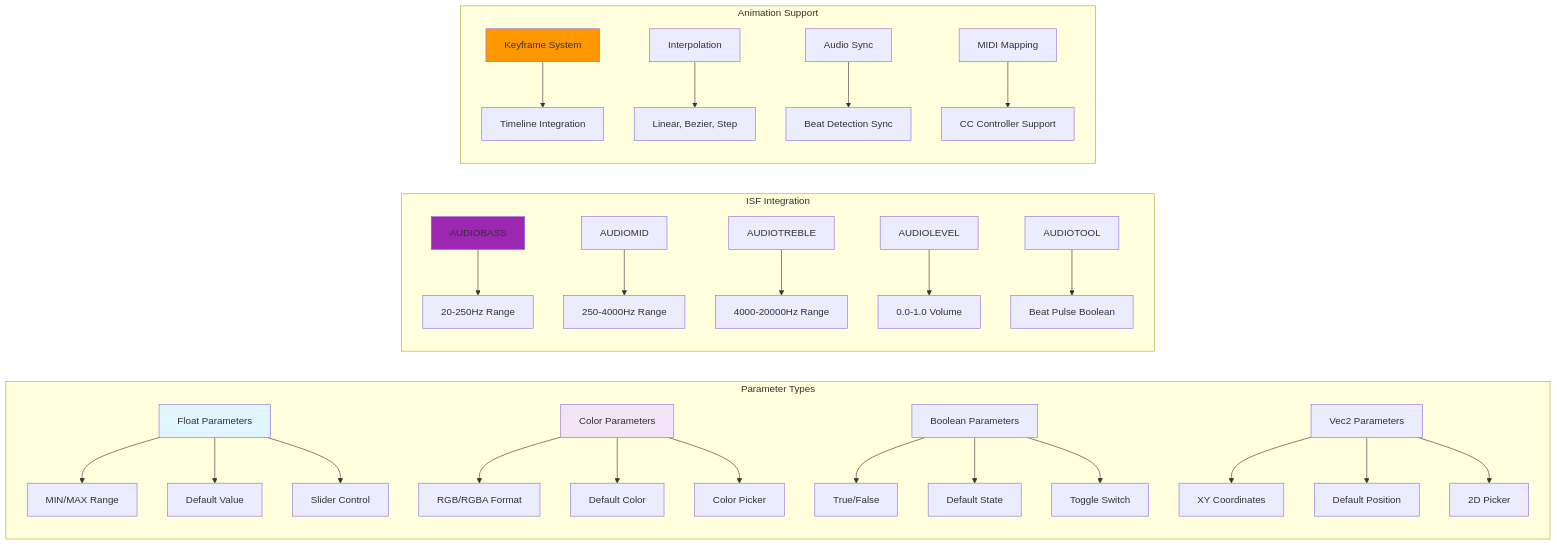
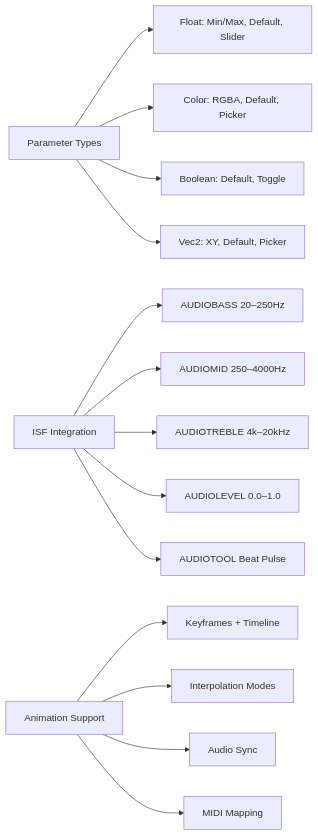
One commit to compiling-org/WGSL-Shader-Studio changed the eighth of 14 diagrams in docs/NODE_BASED_SYSTEM_ARCHITECTURE.md. Above: the diagram before and after it, drawn with Mermaid. The commit also changed other lines of this file and 37 other files, not shown here.

Commit message:
docs: reality-aligned content updates; diagrams unchanged; roadmap fix; systems reference wiring; PRD narrative adjusted; tech-arch reference note

````diff
--- a/docs/NODE_BASED_SYSTEM_ARCHITECTURE.md
+++ b/docs/NODE_BASED_SYSTEM_ARCHITECTURE.md
@@ -300,40 +194,16 @@
 ```mermaid
-graph LR
-    subgraph "Parameter Types"
-        A[Float Parameters] --> A1[MIN/MAX Range]
-        A --> A2[Default Value]
-        A --> A3[Slider Control]
-        
-        B[Color Parameters] --> B1[RGB/RGBA Format]
-        B --> B2[Default Color]
-        B --> B3[Color Picker]
-        
-        C[Boolean Parameters] --> C1[True/False]
-        C --> C2[Default State]
-        C --> C3[Toggle Switch]
-        
-        D[Vec2 Parameters] --> D1[XY Coordinates]
-        D --> D2[Default Position]
-        D --> D3[2D Picker]
-    end
-    
-    subgraph "ISF Integration"
-        E[AUDIOBASS] --> E1[20-250Hz Range]
-        F[AUDIOMID] --> F1[250-4000Hz Range]
-        G[AUDIOTREBLE] --> G1[4000-20000Hz Range]
-        H[AUDIOLEVEL] --> H1[0.0-1.0 Volume]
-        I[AUDIOTOOL] --> I1[Beat Pulse Boolean]
-    end
-    
-    subgraph "Animation Support"
-        J[Keyframe System] --> J1[Timeline Integration]
-        K[Interpolation] --> K1[Linear, Bezier, Step]
-        L[Audio Sync] --> L1[Beat Detection Sync]
-        M[MIDI Mapping] --> M1[CC Controller Support]
-    end
-    
-    style A fill:#e1f5fe
-    style B fill:#f3e5f5
-    style E fill:#9c27b0
-    style J fill:#ff9800
+flowchart LR
+    Types[Parameter Types] --> A[Float: Min/Max, Default, Slider]
+    Types --> B[Color: RGBA, Default, Picker]
+    Types --> C[Boolean: Default, Toggle]
+    Types --> D[Vec2: XY, Default, Picker]
+    ISF[ISF Integration] --> E[AUDIOBASS 20–250Hz]
+    ISF --> F[AUDIOMID 250–4000Hz]
+    ISF --> G[AUDIOTREBLE 4k–20kHz]
+    ISF --> H[AUDIOLEVEL 0.0–1.0]
+    ISF --> I[AUDIOTOOL Beat Pulse]
+    Animation[Animation Support] --> J[Keyframes + Timeline]
+    Animation --> K[Interpolation Modes]
+    Animation --> L[Audio Sync]
+    Animation --> M[MIDI Mapping]
 ```
````
